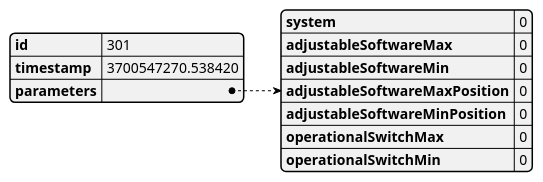
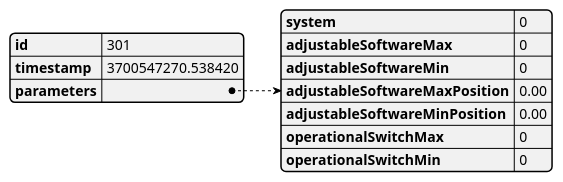
Before and after one commit to lsst-ts/ts_tma_tma-documentation_pxi-controller_documentation: diagram 38 of 44 in 02 CommandsAndEventsManagement/03 Events.md, drawn with PlantUML. The commit also changed other lines of this file, not shown here.

Commit message:
update specialLimits event doc

````diff
--- a/02 CommandsAndEventsManagement/03 Events.md
+++ b/02 CommandsAndEventsManagement/03 Events.md
@@ -1053,17 +1053,17 @@
 ``` plantuml
 @startjson
 {
     "id": 301,
     "timestamp": 3700547270.538420,
     "parameters": {
         "system": 0,
         "adjustableSoftwareMax": 0,
         "adjustableSoftwareMin": 0,
-        "adjustableSoftwareMaxPosition": 0,
-        "adjustableSoftwareMinPosition": 0,
+        "adjustableSoftwareMaxPosition": 0.00,
+        "adjustableSoftwareMinPosition": 0.00,
         "operationalSwitchMax": 0,
         "operationalSwitchMin": 0
     }
 }
 @endjson
 ```
````
